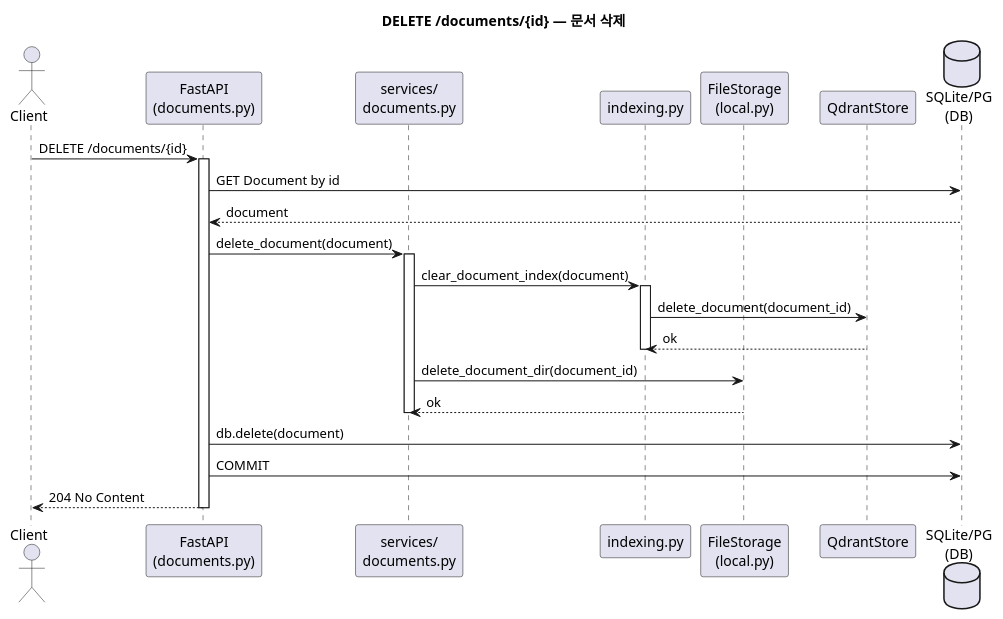
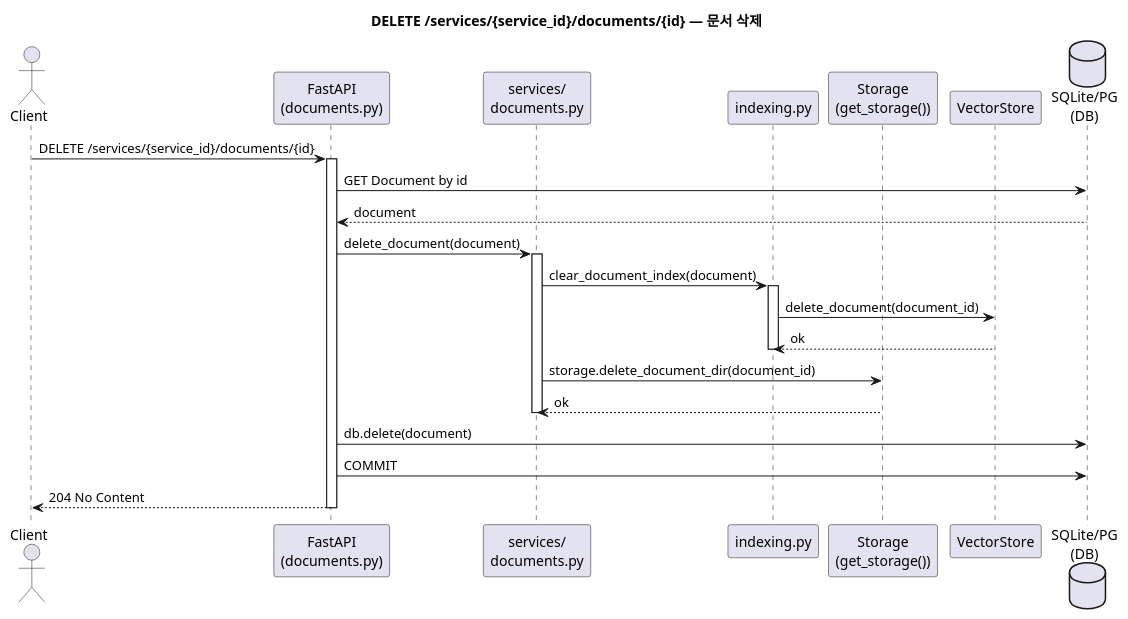
Before and after one commit to sigmoidx0/ragkit: the third of 4 diagrams in docs/diagrams/all.puml, drawn with PlantUML. The commit also changed other lines of this file and 4 other files, not shown here.

Commit message:
docs: update sequence diagram

```diff
--- a/docs/diagrams/all.puml
+++ b/docs/diagrams/all.puml
@@ -144,37 +158,37 @@
 @startuml Document Delete
 
-title DELETE /documents/{id} — 문서 삭제
+title DELETE /services/{service_id}/documents/{id} — 문서 삭제
 
 actor Client
 participant "FastAPI\n(documents.py)" as API
 participant "services/\ndocuments.py" as SVC
 participant "indexing.py" as IDX
-participant "FileStorage\n(local.py)" as FS
-participant "QdrantStore" as QD
+participant "Storage\n(get_storage())" as FS
+participant "VectorStore" as QD
 database "SQLite/PG\n(DB)" as DB
 
-Client -> API : DELETE /documents/{id}
+Client -> API : DELETE /services/{service_id}/documents/{id}
 activate API
 
 API -> DB : GET Document by id
 DB --> API : document
 
 API -> SVC : delete_document(document)
 activate SVC
 SVC -> IDX : clear_document_index(document)
 activate IDX
 IDX -> QD : delete_document(document_id)
 QD --> IDX : ok
 deactivate IDX
-SVC -> FS : delete_document_dir(document_id)
+SVC -> FS : storage.delete_document_dir(document_id)
 FS --> SVC : ok
 deactivate SVC
 
 API -> DB : db.delete(document)
 API -> DB : COMMIT
 
 API --> Client : 204 No Content
 
 deactivate API
 
 @enduml
```
